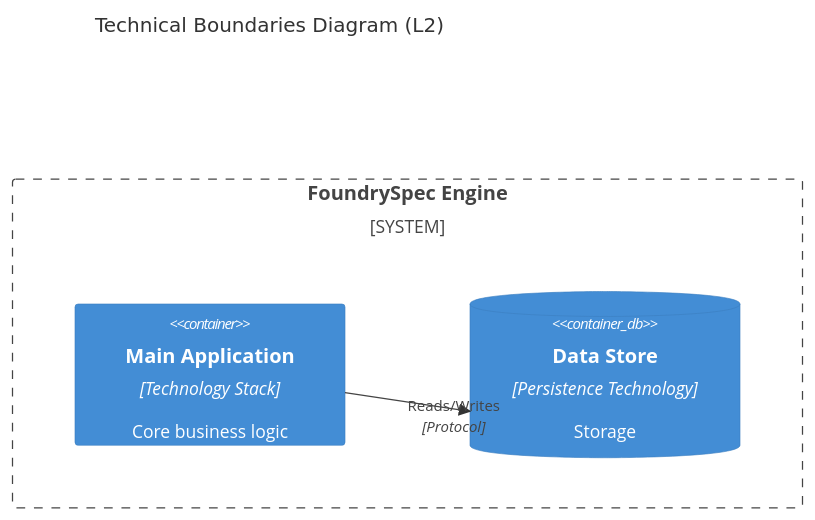
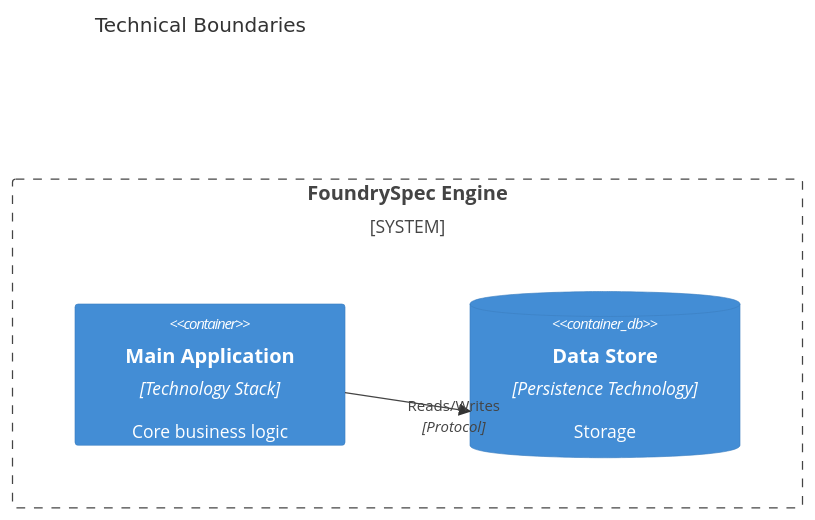
One commit to futurefoundai/foundryspec changed the diagram in foundryspec/assets/boundaries/technical-boundaries.mermaid. Above: the diagram before and after it, drawn with Mermaid. The commit also changed 14 other files, not shown here.

```diff
--- a/foundryspec/assets/boundaries/technical-boundaries.mermaid
+++ b/foundryspec/assets/boundaries/technical-boundaries.mermaid
@@ -1,18 +1,19 @@
 ---
-title: Technical Boundaries Diagram (L2)
+id: "BND_Group"
+title: Technical Boundaries
 description: Container decomposition.
-traceability:
-  uplink: "ROOT"
-  relationships:
-    - id: "BND_App"
-      uplink: "CTX_System"
+uplink: "ROOT"
+entities:
+  - id: "BND_App"
+    uplink: "CTX_System"
 ---
+
 C4Container
-    title Technical Boundaries Diagram (L2)
+    title Technical Boundaries
 
     System_Boundary(system, "FoundrySpec Engine") {
         Container(BND_App, "Main Application", "Technology Stack", "Core business logic")
         ContainerDb(db, "Data Store", "Persistence Technology", "Storage")
     }
 
     Rel(BND_App, db, "Reads/Writes", "Protocol")
```
